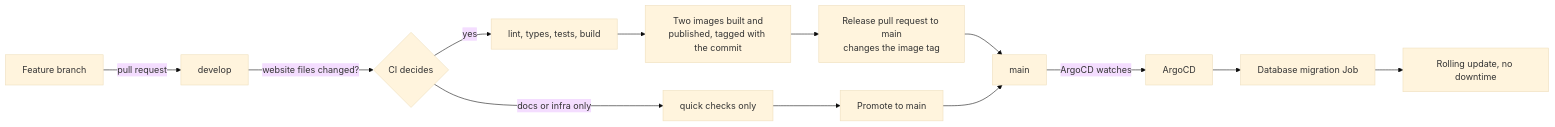
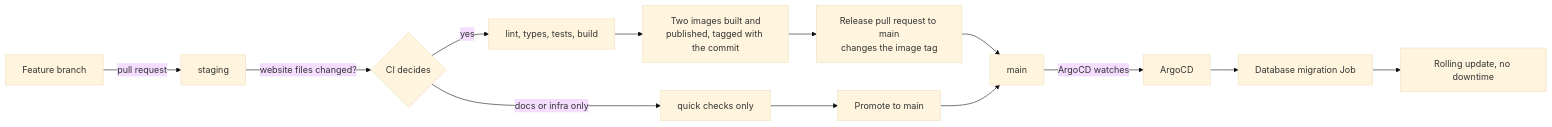
One commit to BamiseOmolaso/cloudportfoliowebsite changed the first of 2 diagrams in README.md. Above: the diagram before and after it, drawn with Mermaid (base theme). The commit also changed other lines of this file and 8 other files, not shown here.

Commit message:
ci,docs: develop is now staging

````diff
--- a/README.md
+++ b/README.md
@@ -35,15 +35,15 @@
 ```mermaid
 flowchart LR
-  DEV["Feature branch"] -->|"pull request"| DEVELOP["develop"]
-  DEVELOP -->|"website files changed?"| CI{"CI decides"}
+  DEV["Feature branch"] -->|"pull request"| STAGING["staging"]
+  STAGING -->|"website files changed?"| CI{"CI decides"}
   CI -->|"yes"| TEST["lint, types, tests, build"]
   CI -->|"docs or infra only"| SKIP["quick checks only"]
   TEST --> IMG["Two images built and<br/>published, tagged with the commit"]
   IMG --> REL["Release pull request to main<br/>changes the image tag"]
   SKIP --> PROMOTE["Promote to main"]
   REL --> MAIN["main"]
   PROMOTE --> MAIN
   MAIN -->|"ArgoCD watches"| ARGO["ArgoCD"]
   ARGO --> MIG["Database migration Job"]
   MIG --> ROLL["Rolling update, no downtime"]
 ```
````
